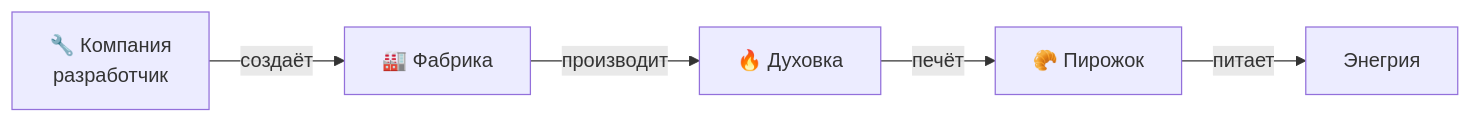
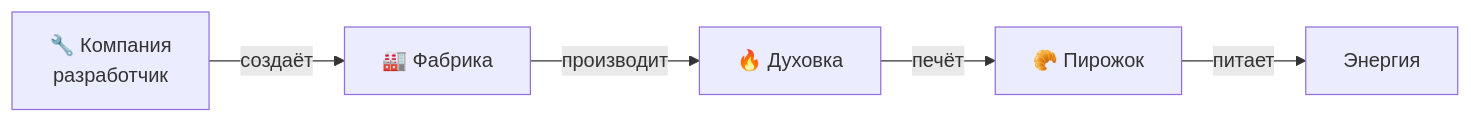
Before and after one commit to ypolosov/talk-ai-driven-sdlc: the diagram in slides/10-sdlc-target.md, drawn with Mermaid. The commit also changed other lines of this file and 8 other files, not shown here.

````diff
--- a/slides/10-sdlc-target.md
+++ b/slides/10-sdlc-target.md
@@ -11,8 +11,8 @@
 ```mermaid
 graph LR
     A[🔧 Компания<br/>разработчик] -->|создаёт| B[🏭 Фабрика]
     B -->|производит| C[🔥 Духовка]
     C -->|печёт| D[🥐 Пирожок]
-    D -->|питает| E[Энегрия]
+    D -->|питает| E[Энергия]
 
 ```
````
